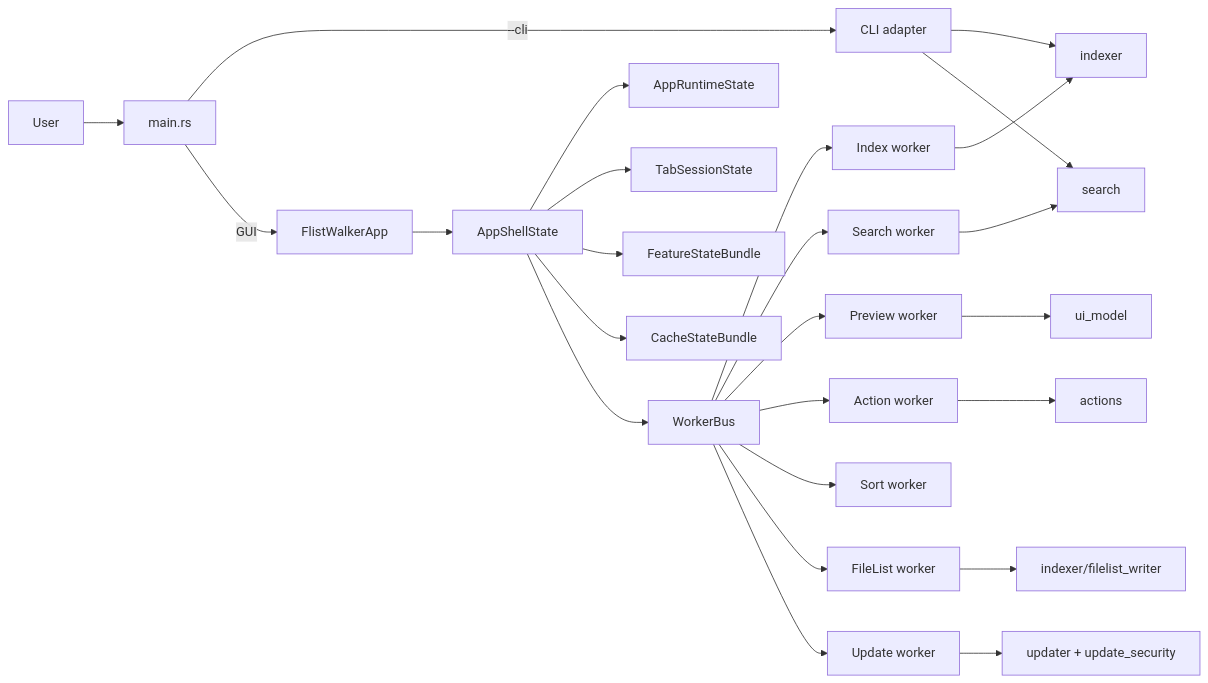
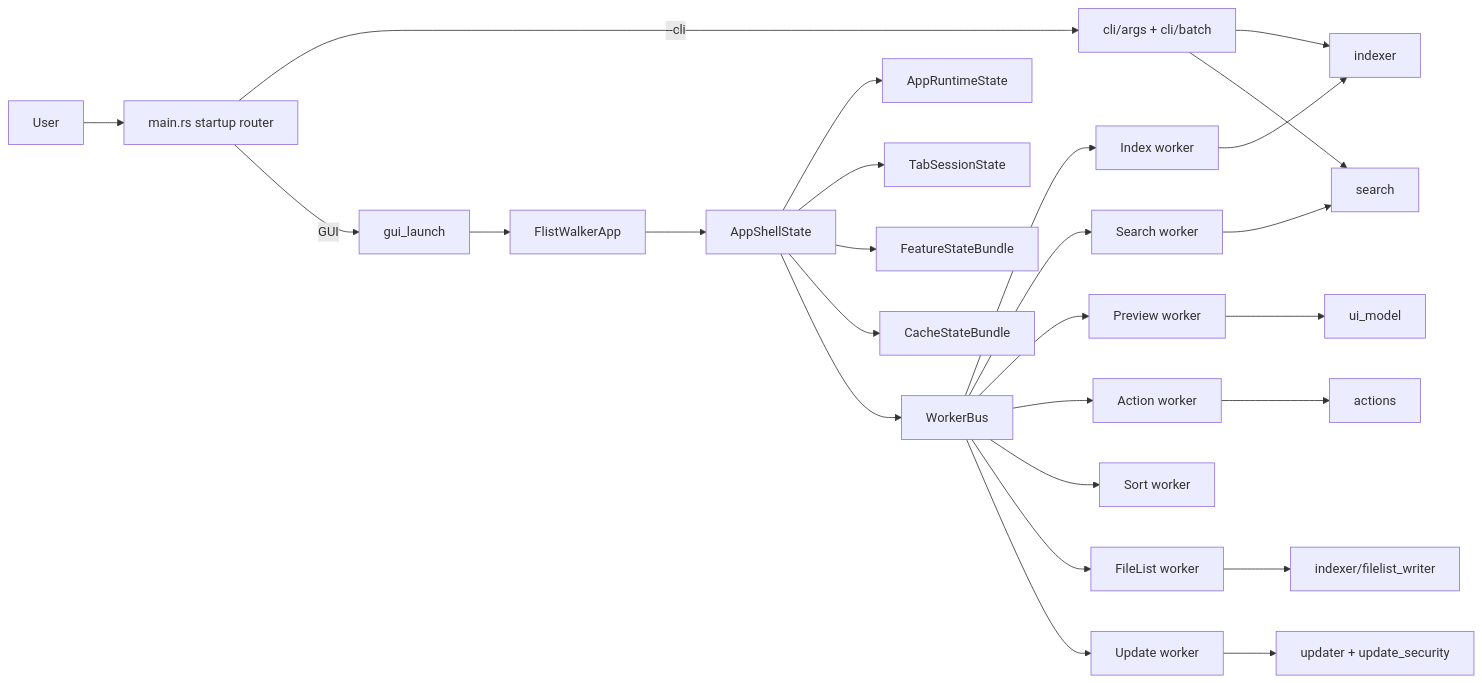
The first of 2 diagrams in docs/detailed-design/architecture-overview.md (ShinjiKawamura255/flist-walker), drawn with Mermaid before and after one commit. The commit also changed 11 other files, not shown here.

Commit message:
docs: refresh architecture ownership maps

````diff
--- a/docs/detailed-design/architecture-overview.md
+++ b/docs/detailed-design/architecture-overview.md
@@ -9,27 +9,28 @@
 ```mermaid
 flowchart LR
-  User[User] --> Main[main.rs]
-  Main -->|--cli| Cli[CLI adapter]
-  Main -->|GUI| Gui[FlistWalkerApp]
+  User[User] --> Main["main.rs startup router"]
+  Main -->|--cli| Cli["cli/args + cli/batch"]
+  Main -->|GUI| Launch[gui_launch]
+  Launch --> Gui[FlistWalkerApp]
   Cli --> Indexer[indexer]
   Cli --> Search[search]
   Gui --> Shell[AppShellState]
   Shell --> Runtime[AppRuntimeState]
   Shell --> Tabs[TabSessionState]
   Shell --> Features[FeatureStateBundle]
   Shell --> Cache[CacheStateBundle]
   Shell --> Bus[WorkerBus]
   Bus --> IndexWorker[Index worker]
   Bus --> SearchWorker[Search worker]
   Bus --> PreviewWorker[Preview worker]
   Bus --> ActionWorker[Action worker]
   Bus --> SortWorker[Sort worker]
   Bus --> FileListWorker[FileList worker]
   Bus --> UpdateWorker[Update worker]
   IndexWorker --> Indexer
   SearchWorker --> Search
   PreviewWorker --> UiModel[ui_model]
   ActionWorker --> Actions[actions]
   FileListWorker --> FileListWriter[indexer/filelist_writer]
   UpdateWorker --> Updater[updater + update_security]
 ```
````
